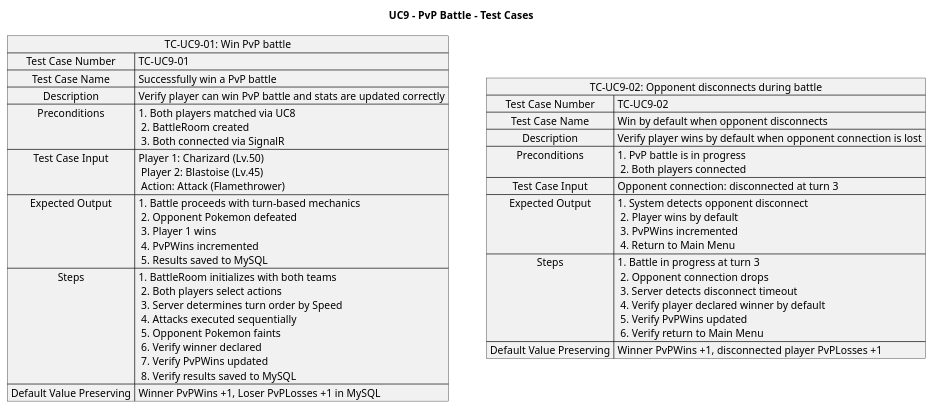
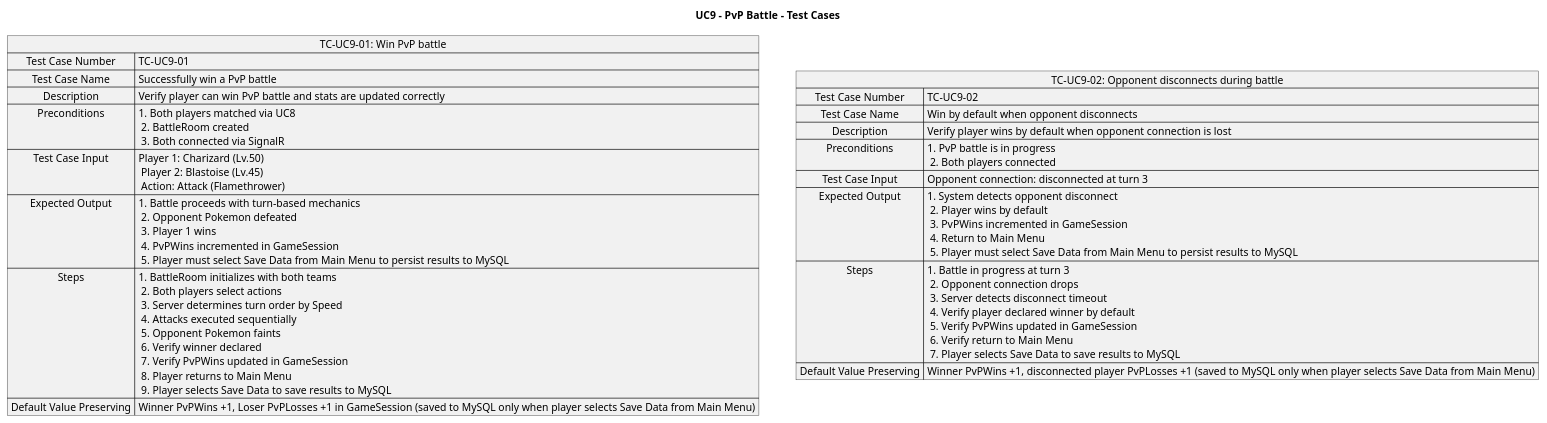
One commit to devKasumi/PokemonConsole changed the diagram in TurnBasedPokemon/Diagram/UnifiedUseCases/TestCases/UC9_PvPBattle_TestCases.puml. Above: the diagram before and after it, drawn with PlantUML. The commit also changed 14 other files, not shown here.

Commit message:
update diagrams

```diff
--- a/TurnBasedPokemon/Diagram/UnifiedUseCases/TestCases/UC9_PvPBattle_TestCases.puml
+++ b/TurnBasedPokemon/Diagram/UnifiedUseCases/TestCases/UC9_PvPBattle_TestCases.puml
@@ -1,26 +1,26 @@
 @startuml
 title UC9 - PvP Battle - Test Cases
 
 map "TC-UC9-01: Win PvP battle" as TC1 {
   Test Case Number => TC-UC9-01
   Test Case Name => Successfully win a PvP battle
   Description => Verify player can win PvP battle and stats are updated correctly
   Preconditions => 1. Both players matched via UC8 \n 2. BattleRoom created \n 3. Both connected via SignalR
   Test Case Input => Player 1: Charizard (Lv.50) \n Player 2: Blastoise (Lv.45) \n Action: Attack (Flamethrower)
-  Expected Output => 1. Battle proceeds with turn-based mechanics \n 2. Opponent Pokemon defeated \n 3. Player 1 wins \n 4. PvPWins incremented \n 5. Results saved to MySQL
-  Steps => 1. BattleRoom initializes with both teams \n 2. Both players select actions \n 3. Server determines turn order by Speed \n 4. Attacks executed sequentially \n 5. Opponent Pokemon faints \n 6. Verify winner declared \n 7. Verify PvPWins updated \n 8. Verify results saved to MySQL
-  Default Value Preserving => Winner PvPWins +1, Loser PvPLosses +1 in MySQL
+  Expected Output => 1. Battle proceeds with turn-based mechanics \n 2. Opponent Pokemon defeated \n 3. Player 1 wins \n 4. PvPWins incremented in GameSession \n 5. Player must select Save Data from Main Menu to persist results to MySQL
+  Steps => 1. BattleRoom initializes with both teams \n 2. Both players select actions \n 3. Server determines turn order by Speed \n 4. Attacks executed sequentially \n 5. Opponent Pokemon faints \n 6. Verify winner declared \n 7. Verify PvPWins updated in GameSession \n 8. Player returns to Main Menu \n 9. Player selects Save Data to save results to MySQL
+  Default Value Preserving => Winner PvPWins +1, Loser PvPLosses +1 in GameSession (saved to MySQL only when player selects Save Data from Main Menu)
 }
 
 map "TC-UC9-02: Opponent disconnects during battle" as TC2 {
   Test Case Number => TC-UC9-02
   Test Case Name => Win by default when opponent disconnects
   Description => Verify player wins by default when opponent connection is lost
   Preconditions => 1. PvP battle is in progress \n 2. Both players connected
   Test Case Input => Opponent connection: disconnected at turn 3
-  Expected Output => 1. System detects opponent disconnect \n 2. Player wins by default \n 3. PvPWins incremented \n 4. Return to Main Menu
-  Steps => 1. Battle in progress at turn 3 \n 2. Opponent connection drops \n 3. Server detects disconnect timeout \n 4. Verify player declared winner by default \n 5. Verify PvPWins updated \n 6. Verify return to Main Menu
-  Default Value Preserving => Winner PvPWins +1, disconnected player PvPLosses +1
+  Expected Output => 1. System detects opponent disconnect \n 2. Player wins by default \n 3. PvPWins incremented in GameSession \n 4. Return to Main Menu \n 5. Player must select Save Data from Main Menu to persist results to MySQL
+  Steps => 1. Battle in progress at turn 3 \n 2. Opponent connection drops \n 3. Server detects disconnect timeout \n 4. Verify player declared winner by default \n 5. Verify PvPWins updated in GameSession \n 6. Verify return to Main Menu \n 7. Player selects Save Data to save results to MySQL
+  Default Value Preserving => Winner PvPWins +1, disconnected player PvPLosses +1 (saved to MySQL only when player selects Save Data from Main Menu)
 }
 
 @enduml
```
